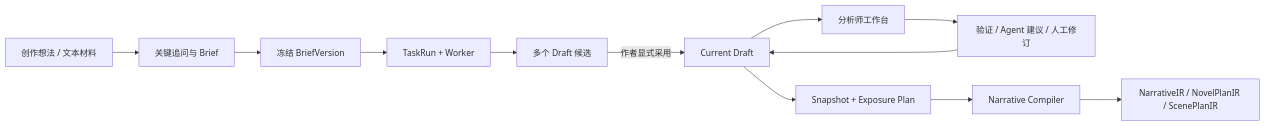
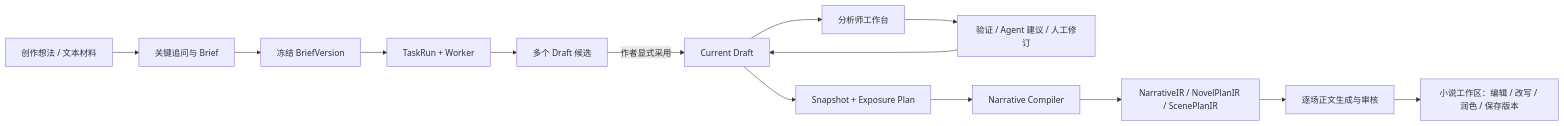
The diagram in README.md (xiaoze123kk/CaseFile), drawn with Mermaid before and after one commit. The commit also changed other lines of this file and 109 other files, not shown here.

````diff
--- a/README.md
+++ b/README.md
@@ -15,14 +24,16 @@
 ```mermaid
 flowchart LR
     A[创作想法 / 文本材料] --> B[关键追问与 Brief]
     B --> C[冻结 BriefVersion]
     C --> D[TaskRun + Worker]
     D --> E[多个 Draft 候选]
     E -->|作者显式采用| F[Current Draft]
     F --> G[分析师工作台]
     G --> H[验证 / Agent 建议 / 人工修订]
     H --> F
     F --> I[Snapshot + Exposure Plan]
     I --> J[Narrative Compiler]
     J --> K[NarrativeIR / NovelPlanIR / ScenePlanIR]
+    K --> L[逐场正文生成与审核]
+    L --> M[小说工作区：编辑 / 改写 / 润色 / 保存版本]
 ```
````
